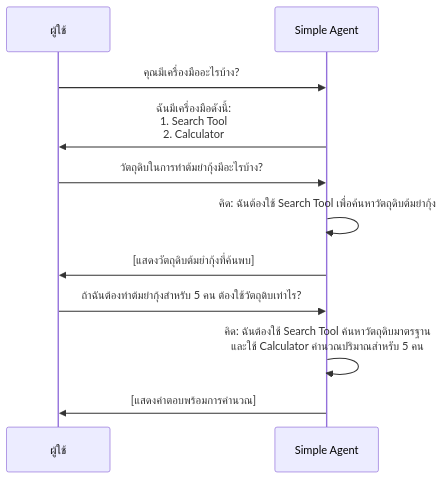
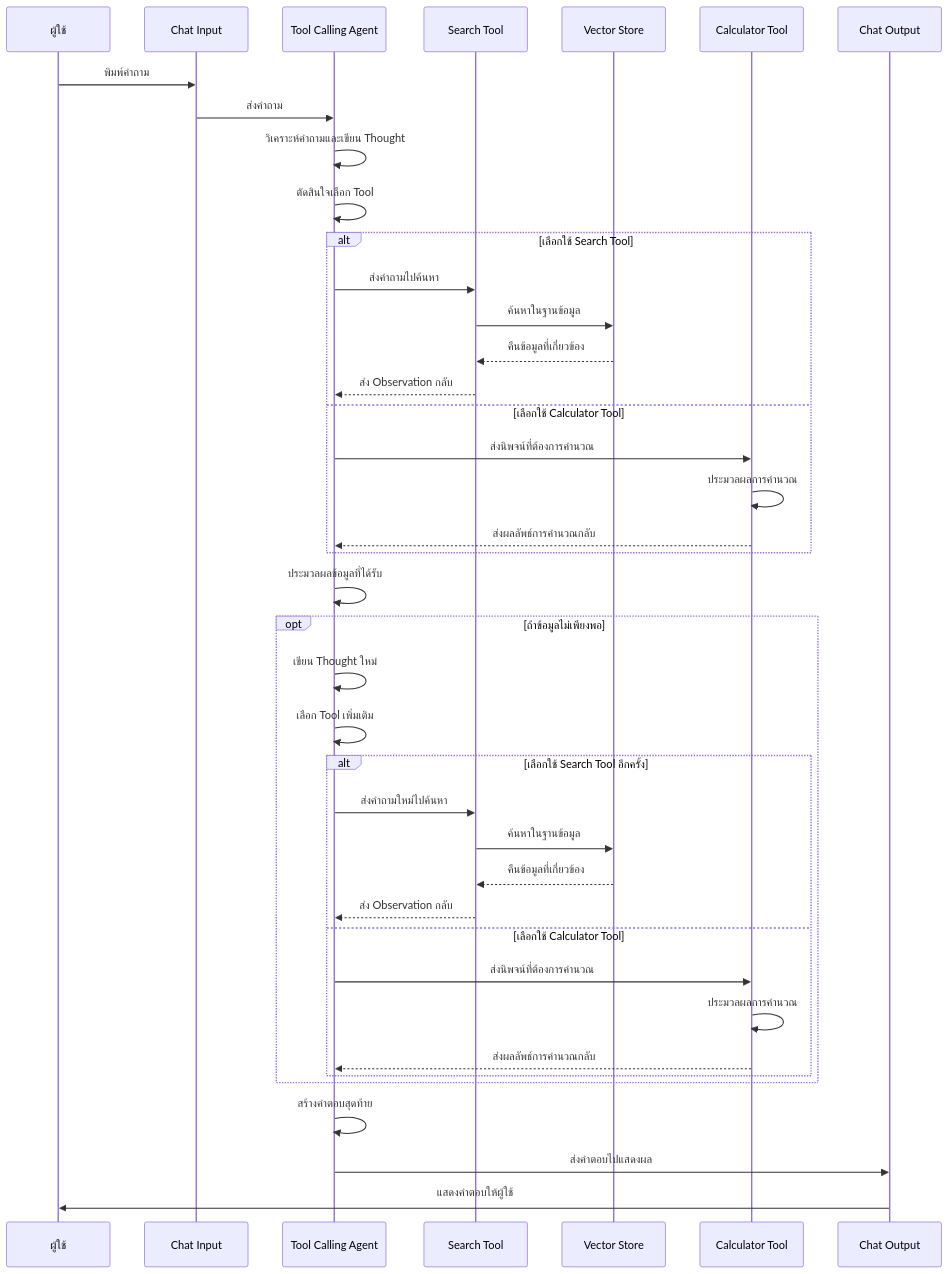
Before and after one commit to amornpan/langflow-ai: diagram 12 of 18 in hand-on_2-3/README_TH.md, drawn with Mermaid. The commit also changed other lines of this file and 3 other files, not shown here.

````diff
--- a/hand-on_2-3/README_TH.md
+++ b/hand-on_2-3/README_TH.md
@@ -292,16 +278,49 @@
 ```mermaid
 sequenceDiagram
     participant User as ผู้ใช้
-    participant Agent as Simple Agent
+    participant Input as Chat Input
+    participant Agent as Tool Calling Agent
+    participant Search as Search Tool
+    participant Vector as Vector Store
+    participant Calc as Calculator Tool
+    participant Output as Chat Output
     
-    User->>Agent: คุณมีเครื่องมืออะไรบ้าง?
-    Agent->>User: ฉันมีเครื่องมือดังนี้:<br/>1. Search Tool<br/>2. Calculator
+    User->>Input: พิมพ์คำถาม
+    Input->>Agent: ส่งคำถาม
     
-    User->>Agent: วัตถุดิบในการทำต้มยำกุ้งมีอะไรบ้าง?
-    Agent->>Agent: คิด: ฉันต้องใช้ Search Tool เพื่อค้นหาวัตถุดิบต้มยำกุ้ง
-    Agent->>User: [แสดงวัตถุดิบต้มยำกุ้งที่ค้นพบ]
+    Agent->>Agent: วิเคราะห์คำถามและเขียน Thought
+    Agent->>Agent: ตัดสินใจเลือก Tool
     
-    User->>Agent: ถ้าฉันต้องทำต้มยำกุ้งสำหรับ 5 คน ต้องใช้วัตถุดิบเท่าไร?
-    Agent->>Agent: คิด: ฉันต้องใช้ Search Tool ค้นหาวัตถุดิบมาตรฐาน<br/>และใช้ Calculator คำนวณปริมาณสำหรับ 5 คน
-    Agent->>User: [แสดงคำตอบพร้อมการคำนวณ]
+    alt เลือกใช้ Search Tool
+        Agent->>Search: ส่งคำถามไปค้นหา
+        Search->>Vector: ค้นหาในฐานข้อมูล
+        Vector-->>Search: คืนข้อมูลที่เกี่ยวข้อง
+        Search-->>Agent: ส่ง Observation กลับ
+    else เลือกใช้ Calculator Tool
+        Agent->>Calc: ส่งนิพจน์ที่ต้องการคำนวณ
+        Calc->>Calc: ประมวลผลการคำนวณ
+        Calc-->>Agent: ส่งผลลัพธ์การคำนวณกลับ
+    end
+    
+    Agent->>Agent: ประมวลผลข้อมูลที่ได้รับ
+    
+    opt ถ้าข้อมูลไม่เพียงพอ
+        Agent->>Agent: เขียน Thought ใหม่
+        Agent->>Agent: เลือก Tool เพิ่มเติม
+        
+        alt เลือกใช้ Search Tool อีกครั้ง
+            Agent->>Search: ส่งคำถามใหม่ไปค้นหา
+            Search->>Vector: ค้นหาในฐานข้อมูล
+            Vector-->>Search: คืนข้อมูลที่เกี่ยวข้อง
+            Search-->>Agent: ส่ง Observation กลับ
+        else เลือกใช้ Calculator Tool
+            Agent->>Calc: ส่งนิพจน์ที่ต้องการคำนวณ
+            Calc->>Calc: ประมวลผลการคำนวณ
+            Calc-->>Agent: ส่งผลลัพธ์การคำนวณกลับ
+        end
+    end
+    
+    Agent->>Agent: สร้างคำตอบสุดท้าย
+    Agent->>Output: ส่งคำตอบไปแสดงผล
+    Output->>User: แสดงคำตอบให้ผู้ใช้
 ```
````
